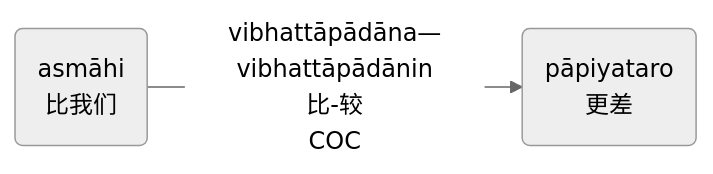
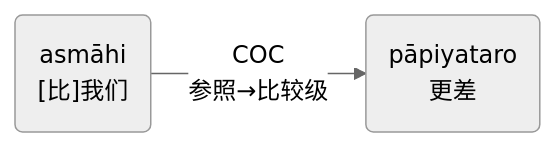
Before and after one commit to iapt-platform/pali-handbook: the first of 2 diagrams in src/basic-relation/abl/abl-coc.md, drawn with Mermaid (neutral theme). The commit also changed other lines of this file and 28 other files, not shown here.

```diff
--- a/src/basic-relation/abl/abl-coc.md
+++ b/src/basic-relation/abl/abl-coc.md
@@ -11,4 +11,4 @@
 <div class="mermaid">
-graph LR;
-A(asmāhi<br>比我们)--"vibhattāpādāna—vibhattāpādānin<br>比-较<br>COC"-->B(pāpiyataro<br>更差);
+flowchart LR;
+A("asmāhi<br>[比]我们")--"COC<br>参照→比较级"-->B(pāpiyataro<br>更差);
 </div>
```
